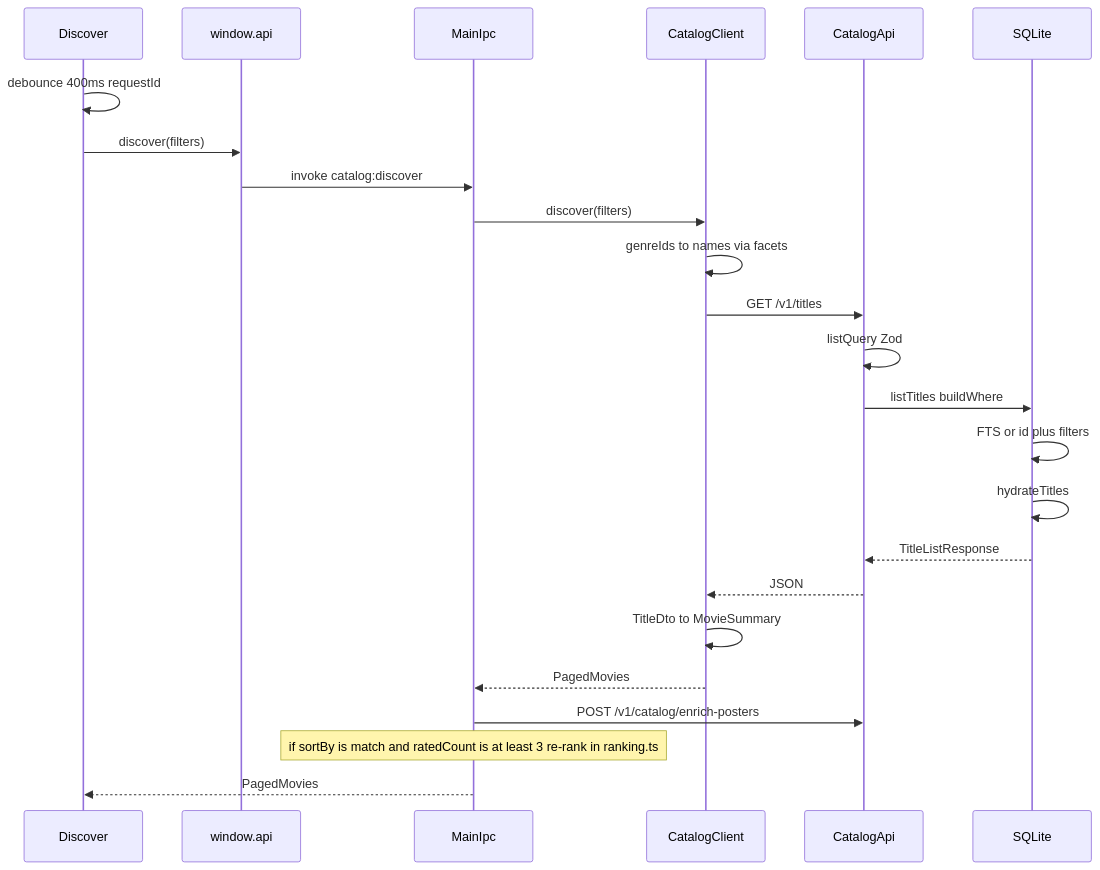
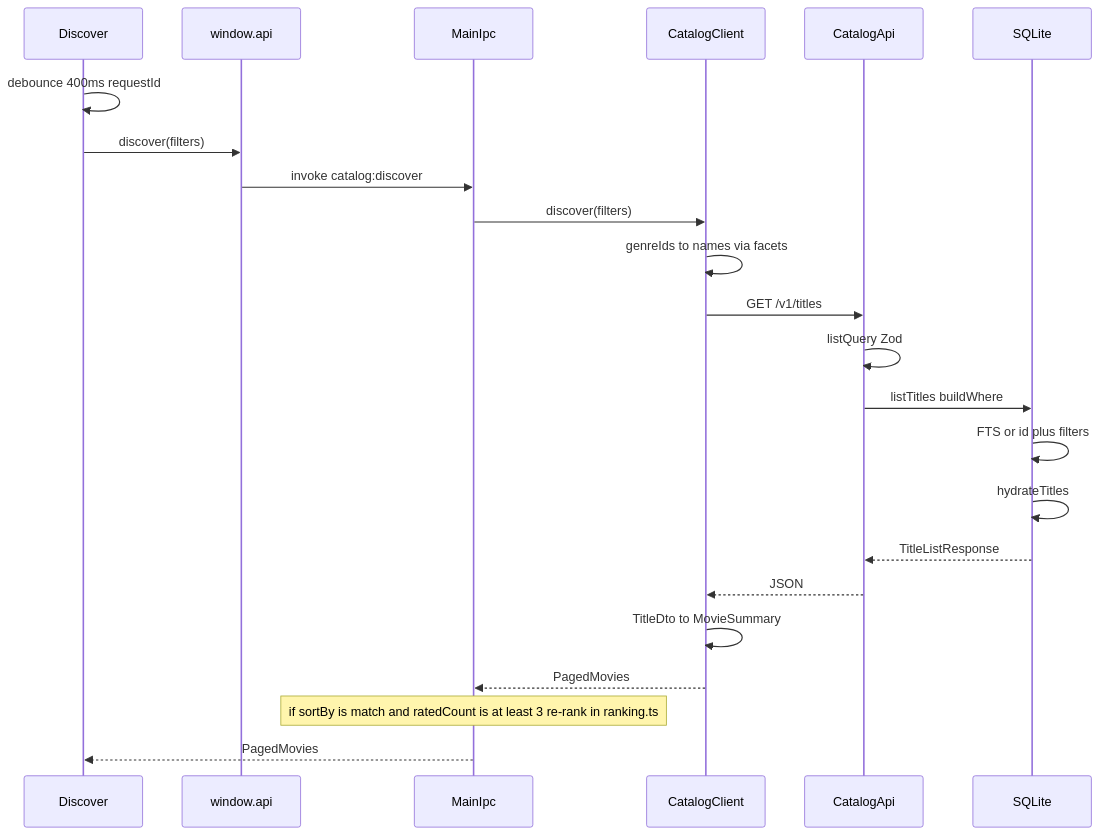
Before and after one commit to mattgoespro/rescore: the second of 2 diagrams in docs/cataloguing.md, drawn with Mermaid. The commit also changed other lines of this file and 36 other files, not shown here.

````diff
--- a/docs/cataloguing.md
+++ b/docs/cataloguing.md
@@ -336,27 +336,26 @@
 ```mermaid
 sequenceDiagram
   participant UI as Discover
   participant Preload as window.api
   participant IPC as MainIpc
   participant Client as CatalogClient
   participant API as CatalogApi
   participant DB as SQLite
 
   UI->>UI: debounce 400ms requestId
   UI->>Preload: discover(filters)
   Preload->>IPC: invoke catalog:discover
   IPC->>Client: discover(filters)
   Client->>Client: genreIds to names via facets
   Client->>API: GET /v1/titles
   API->>API: listQuery Zod
   API->>DB: listTitles buildWhere
   DB->>DB: FTS or id plus filters
   DB->>DB: hydrateTitles
   DB-->>API: TitleListResponse
   API-->>Client: JSON
   Client->>Client: TitleDto to MovieSummary
   Client-->>IPC: PagedMovies
-  IPC->>API: POST /v1/catalog/enrich-posters
   Note over IPC: if sortBy is match and ratedCount is at least 3 re-rank in ranking.ts
   IPC-->>UI: PagedMovies
 ```
````
